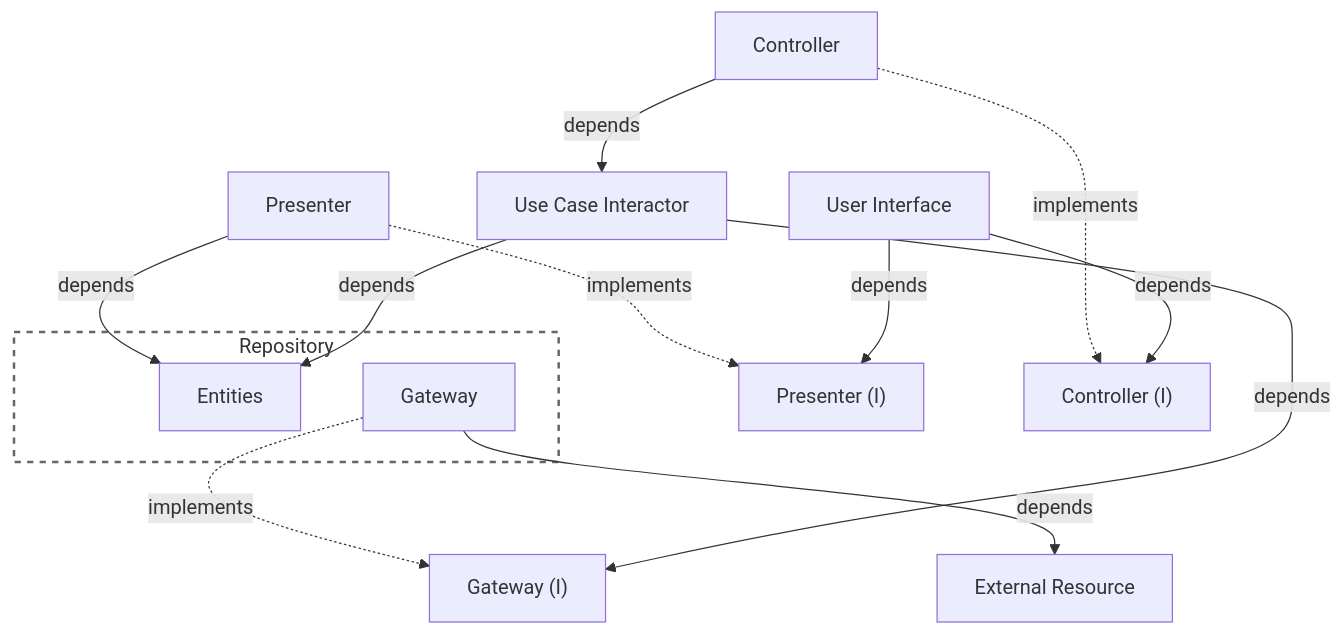
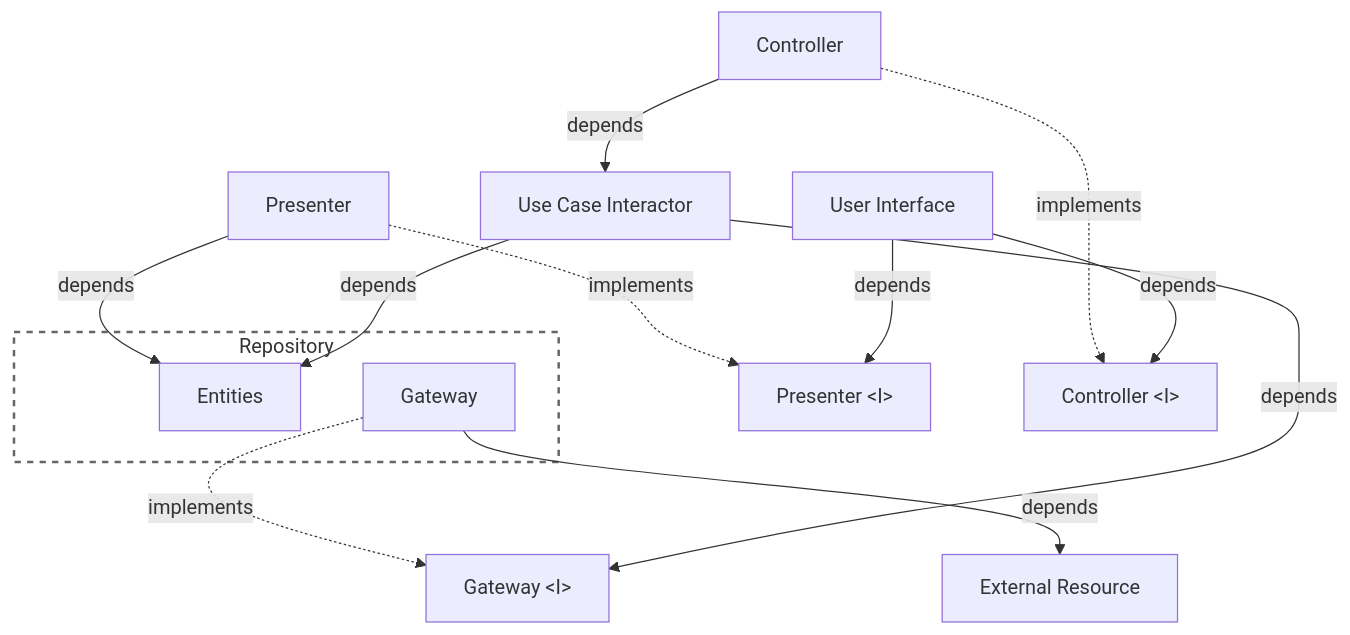
One commit to clean-reactive/documentation changed diagram 11 of 16 in docs/architecture.md. Above: the diagram before and after it, drawn with Mermaid. The commit also changed other lines of this file, not shown here.

Commit message:
Architecture: fix mermaid <>

````diff
--- a/docs/architecture.md
+++ b/docs/architecture.md
@@ -765,34 +765,34 @@
 ```mermaid
 graph TD
 
 subgraph R1["Repository"]
-E[Entities]
-G[Gateway]
+E["Entities"]
+G["Gateway"]
 end
 
-ER[External Resource]
-UI[User Interface]
-P[Presenter]
-C[Controller]
-PI["Presenter (I)"]
-CI["Controller (I)"]
-GI["Gateway (I)"]
-UC[Use Case Interactor]
+ER["External Resource"]
+UI["User Interface"]
+P["Presenter"]
+C["Controller"]
+PI["Presenter &lt;I&gt;"]
+CI["Controller &lt;I&gt;"]
+GI["Gateway &lt;I&gt;"]
+UC["Use Case Interactor"]
 
 %% implementation relation
 P -. implements .-> PI
 C -. implements .-> CI
 G -. implements .-> GI
 
 %% dependency relation
 UI -- depends --> PI
 UI -- depends --> CI
 C -- depends --> UC
 P -- depends --> E
 UC -- depends --> E
 UC -- depends --> GI
 G -- depends --> ER
 
 classDef repository fill:none,stroke:#666,stroke-width:2px,stroke-dasharray: 5 5;
 class R1 repository;
 ```
````
